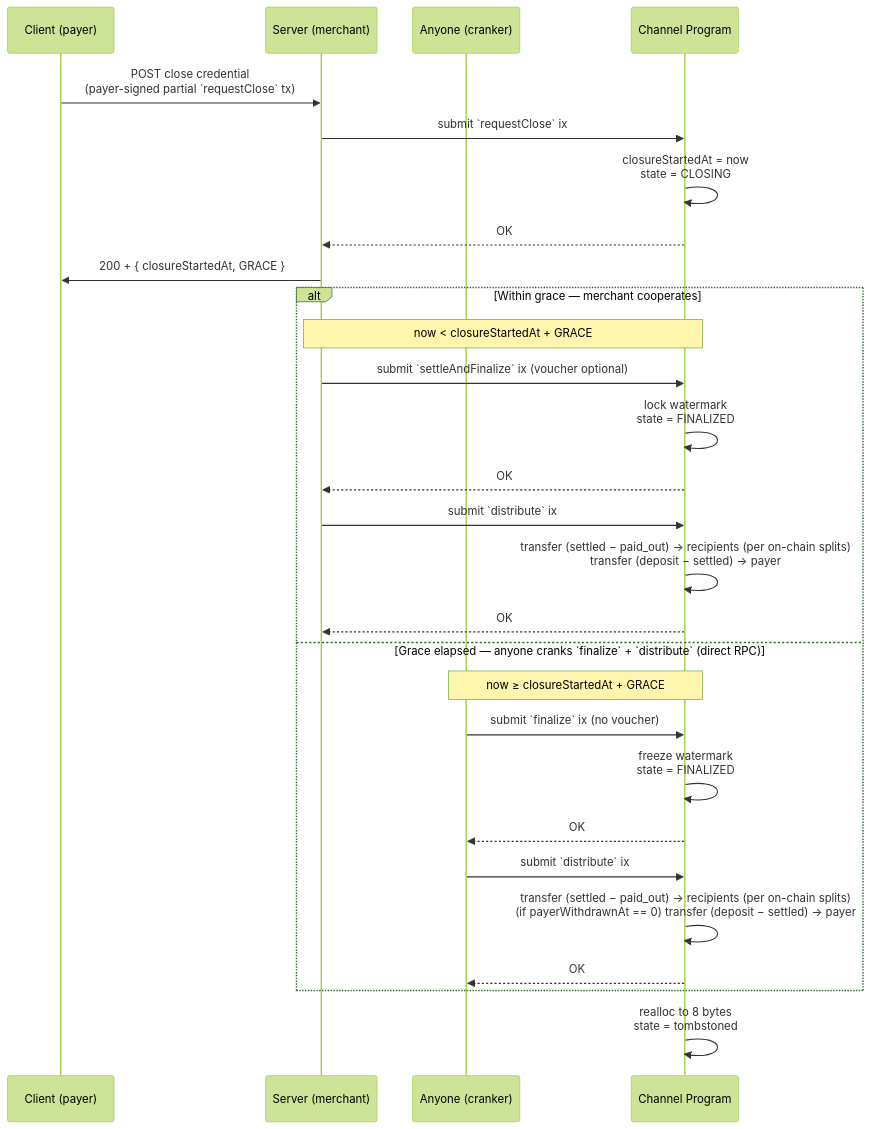
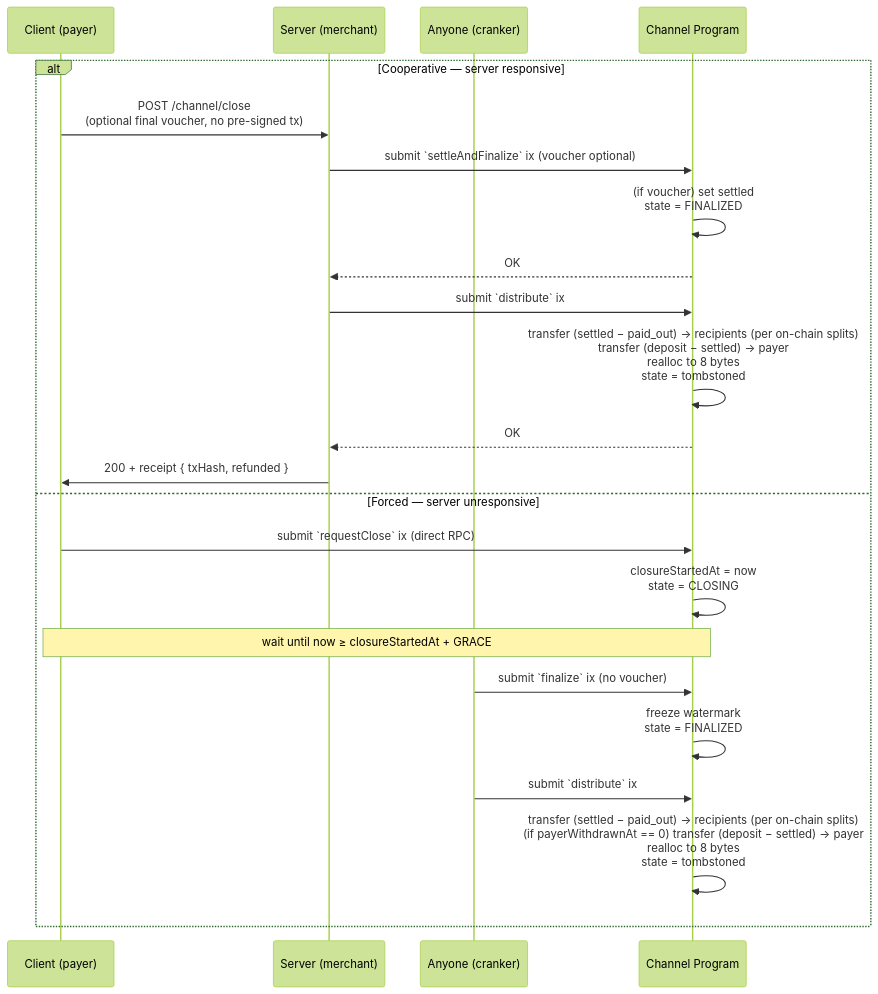
Before and after one commit to solana-foundation/payment-channels: the second of 2 diagrams in docs/002-http-protocol.md, drawn with Mermaid (forest theme). The commit also changed other lines of this file, not shown here.

Commit message:
Fix /channel/close routed to settleAndFinalize

````diff
--- a/docs/002-http-protocol.md
+++ b/docs/002-http-protocol.md
@@ -145,35 +144,30 @@
 ```mermaid
 sequenceDiagram
     participant C as Client (payer)
     participant S as Server (merchant)
     participant A as Anyone (cranker)
     participant P as Channel Program
 
-    C->>S: POST close credential<br/>(payer-signed partial `requestClose` tx)
-    S->>P: submit `requestClose` ix
-    P->>P: closureStartedAt = now<br/>state = CLOSING
-    P-->>S: OK
-    S->>C: 200 + { closureStartedAt, GRACE }
-
-    alt Within grace — merchant cooperates
-        Note over S,P: now < closureStartedAt + GRACE
+    alt Cooperative — server responsive
+        C->>S: POST /channel/close<br/>(optional final voucher, no pre-signed tx)
         S->>P: submit `settleAndFinalize` ix (voucher optional)
-        P->>P: lock watermark<br/>state = FINALIZED
+        P->>P: (if voucher) set settled<br/>state = FINALIZED
         P-->>S: OK
 
         S->>P: submit `distribute` ix
-        P->>P: transfer (settled − paid_out) → recipients (per on-chain splits)<br/>transfer (deposit − settled) → payer
+        P->>P: transfer (settled − paid_out) → recipients (per on-chain splits)<br/>transfer (deposit − settled) → payer<br/>realloc to 8 bytes<br/>state = tombstoned
         P-->>S: OK
-    else Grace elapsed — anyone cranks `finalize` + `distribute` (direct RPC)
-        Note over A,P: now ≥ closureStartedAt + GRACE
+        S->>C: 200 + receipt { txHash, refunded }
+    else Forced — server unresponsive
+        C->>P: submit `requestClose` ix (direct RPC)
+        P->>P: closureStartedAt = now<br/>state = CLOSING
+
+        Note over C,P: wait until now ≥ closureStartedAt + GRACE
+
         A->>P: submit `finalize` ix (no voucher)
         P->>P: freeze watermark<br/>state = FINALIZED
-        P-->>A: OK
 
         A->>P: submit `distribute` ix
-        P->>P: transfer (settled − paid_out) → recipients (per on-chain splits)<br/>(if payerWithdrawnAt == 0) transfer (deposit − settled) → payer
-        P-->>A: OK
+        P->>P: transfer (settled − paid_out) → recipients (per on-chain splits)<br/>(if payerWithdrawnAt == 0) transfer (deposit − settled) → payer<br/>realloc to 8 bytes<br/>state = tombstoned
     end
-
-    P->>P: realloc to 8 bytes<br/>state = tombstoned
 ```
````
